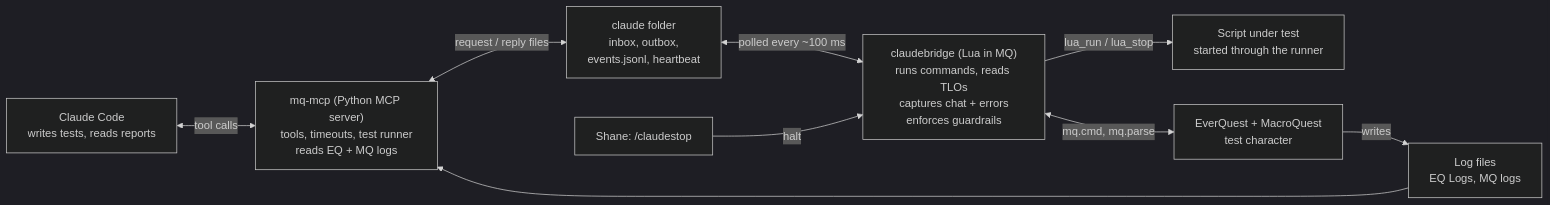
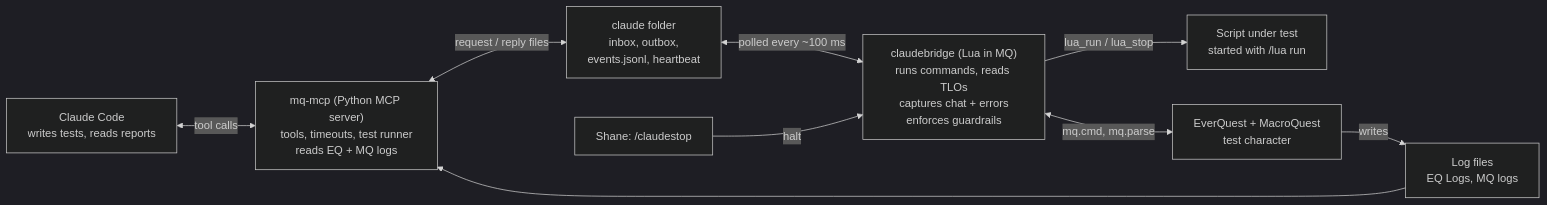
The first of 2 diagrams in SPEC.md (thezerodivide/MQClaudeTestBridge), drawn with Mermaid (dark theme) before and after one commit. The commit also changed other lines of this file and 4 other files, not shown here.

````diff
--- a/SPEC.md
+++ b/SPEC.md
@@ -41,11 +47,11 @@
 ```mermaid
 flowchart LR
     Claude["Claude Code<br/>writes tests, reads reports"] <-->|tool calls| MCP["mq-mcp (Python MCP server)<br/>tools, timeouts, test runner<br/>reads EQ + MQ logs"]
     MCP <-->|request / reply files| Folder["claude folder<br/>inbox, outbox,<br/>events.jsonl, heartbeat"]
     Folder <-->|polled every ~100 ms| Bridge["claudebridge (Lua in MQ)<br/>runs commands, reads TLOs<br/>captures chat + errors<br/>enforces guardrails"]
-    Bridge -->|lua_run / lua_stop| Script["Script under test<br/>started through the runner"]
+    Bridge -->|lua_run / lua_stop| Script["Script under test<br/>started with /lua run"]
     Bridge <-->|mq.cmd, mq.parse| Game["EverQuest + MacroQuest<br/>test character"]
     Game -->|writes| Logs["Log files<br/>EQ Logs, MQ logs"]
     Logs --> MCP
     You["Shane: /claudestop"] -->|halt| Bridge
 ```
````
